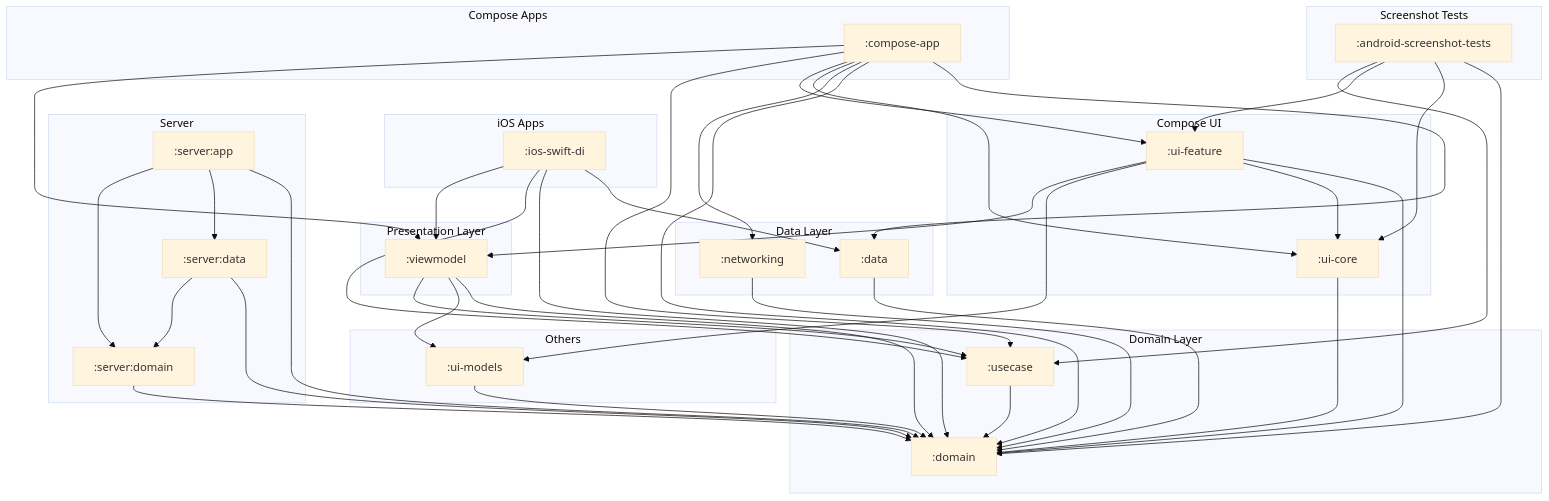
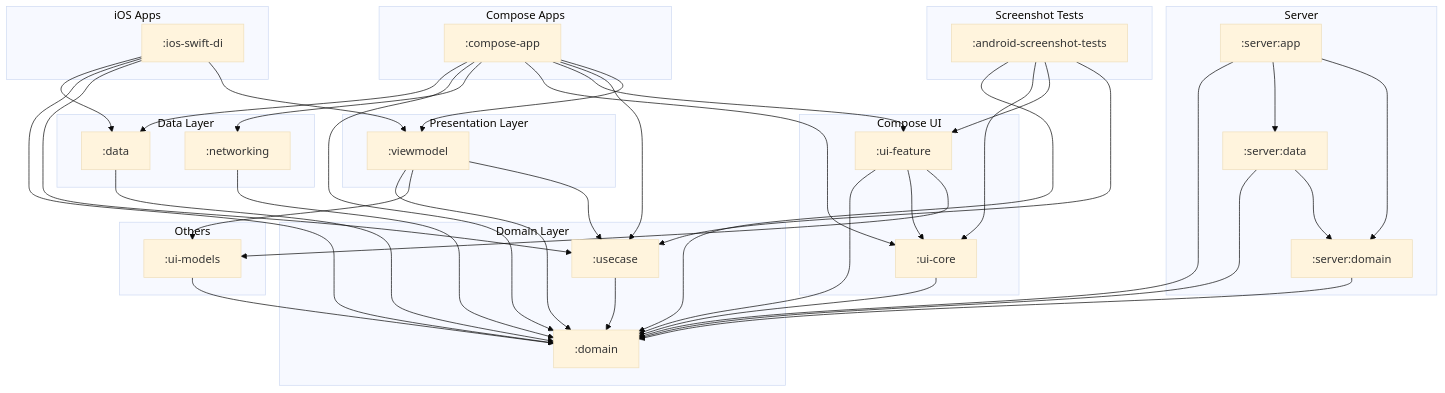
The diagram in docs/diagrams/kotlin_module_structure.mmd (cartland/battery-butler), drawn with Mermaid (base theme) before and after one commit. The commit also changed 105 other files, not shown here.

```diff
--- a/docs/diagrams/kotlin_module_structure.mmd
+++ b/docs/diagrams/kotlin_module_structure.mmd
@@ -1,88 +1,87 @@
 graph TD
     subgraph "Screenshot Tests"
         AndroidScreenshotTests[":android-screenshot-tests"]
     end
 
     subgraph "iOS Apps"
         IosSwiftDi[":ios-swift-di"]
     end
 
     subgraph "Compose Apps"
         ComposeApp[":compose-app"]
     end
 
     subgraph "Server"
         ServerApp[":server:app"]
         ServerData[":server:data"]
         ServerDomain[":server:domain"]
     end
 
     subgraph "Compose UI"
         UiCore[":ui-core"]
         UiFeature[":ui-feature"]
     end
 
     subgraph "Presentation Layer"
         Viewmodel[":viewmodel"]
     end
 
     subgraph "Domain Layer"
         Domain[":domain"]
         Usecase[":usecase"]
     end
 
     subgraph "Data Layer"
         Data[":data"]
         Networking[":networking"]
     end
 
     subgraph "Others"
         UiModels[":ui-models"]
     end
 
     %% Dependencies
     AndroidScreenshotTests --> Domain
     AndroidScreenshotTests --> UiCore
     AndroidScreenshotTests --> UiFeature
     AndroidScreenshotTests --> Usecase
 
     ComposeApp --> Data
     ComposeApp --> Domain
     ComposeApp --> Networking
     ComposeApp --> UiCore
     ComposeApp --> UiFeature
     ComposeApp --> Usecase
     ComposeApp --> Viewmodel
 
     Data --> Domain
 
     IosSwiftDi --> Data
     IosSwiftDi --> Domain
     IosSwiftDi --> Usecase
     IosSwiftDi --> Viewmodel
 
     Networking --> Domain
 
     ServerApp --> Domain
     ServerApp --> ServerData
     ServerApp --> ServerDomain
 
     ServerData --> Domain
     ServerData --> ServerDomain
 
     ServerDomain --> Domain
 
     UiCore --> Domain
 
     UiFeature --> Domain
     UiFeature --> UiCore
     UiFeature --> UiModels
-    UiFeature --> Viewmodel
 
     UiModels --> Domain
 
     Usecase --> Domain
 
     Viewmodel --> Domain
     Viewmodel --> UiModels
     Viewmodel --> Usecase
```
